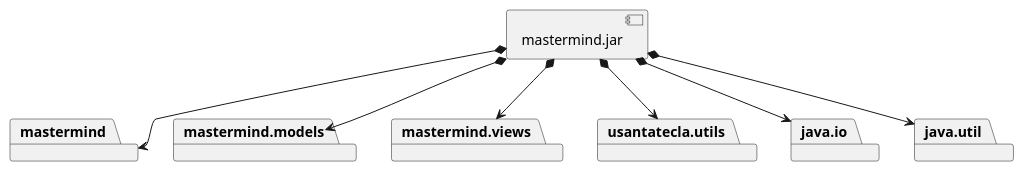
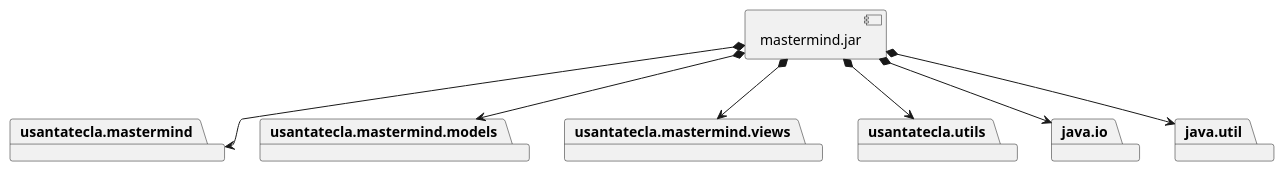
The first of 2 diagrams in documentView/console/docs/diagrams/src/vistas.plantuml (SantaTecla-mastermind/solution.java.swing.socket.sql), drawn with PlantUML before and after one commit. The commit also changed 20 other files, not shown here.

Commit message:
Fix some tests and diagrams

```diff
--- a/documentView/console/docs/diagrams/src/vistas.plantuml
+++ b/documentView/console/docs/diagrams/src/vistas.plantuml
@@ -1,23 +1,23 @@
 @startuml desarrollo_implementacion
-package "  "  as mastermind {
+package "  "  as usantatecla.mastermind {
 }
-package "  "  as mastermind.models {
+package "  "  as usantatecla.mastermind.models {
 }
-package "  "  as mastermind.views {
+package "  "  as usantatecla.mastermind.views {
 }
 package "  "  as usantatecla.utils {
 }
 package "  "  as java.io {
 }
 package "  "  as java.util {
 }
 
 [mastermind.jar] as jar
 
-jar *--> mastermind
-jar *--> mastermind.models
-jar *--> mastermind.views
+jar *--> usantatecla.mastermind
+jar *--> usantatecla.mastermind.models
+jar *--> usantatecla.mastermind.views
 jar *--> usantatecla.utils
 jar *--> java.io
 jar *--> java.util
 @enduml
```
